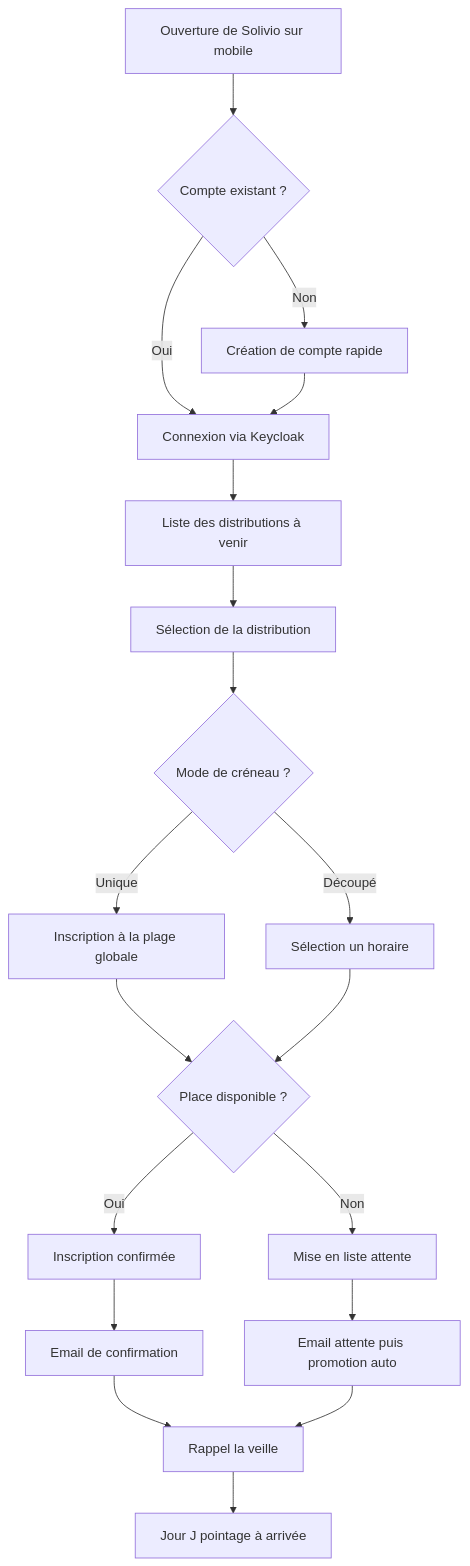
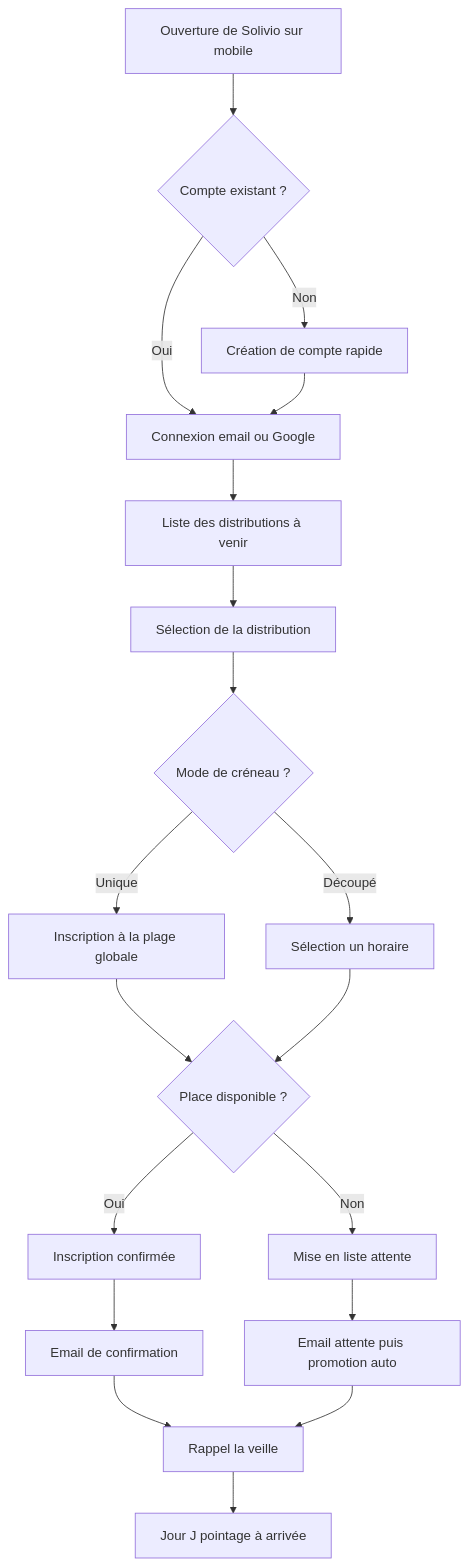
One commit to Joello61/solivio changed the diagram in docs/parcours_utilisateurs.md. Above: the diagram before and after it, drawn with Mermaid. The commit also changed other lines of this file, not shown here.

Commit message:
docs(parcours): decrire la connexion integree sans choix d'association
La connexion passe par email et mot de passe ou Google, et la creation
de compte ne demande ni code ni choix d'association.

````diff
--- a/docs/parcours_utilisateurs.md
+++ b/docs/parcours_utilisateurs.md
@@ -73,21 +73,21 @@
 ```mermaid
 flowchart TD
     A[Ouverture de Solivio sur mobile] --> B{Compte existant ?}
     B -- Non --> C[Création de compte rapide]
-    B -- Oui --> D[Connexion via Keycloak]
+    B -- Oui --> D[Connexion email ou Google]
     C --> D
     D --> E[Liste des distributions à venir]
     E --> F[Sélection de la distribution]
     F --> G{Mode de créneau ?}
     G -- Unique --> H[Inscription à la plage globale]
     G -- Découpé --> I[Sélection un horaire]
     H --> J{Place disponible ?}
     I --> J
     J -- Oui --> K[Inscription confirmée]
     J -- Non --> L[Mise en liste attente]
     K --> M[Email de confirmation]
     L --> N[Email attente puis promotion auto]
     M --> O[Rappel la veille]
     N --> O
     O --> P[Jour J pointage à arrivée]
 ```
````
